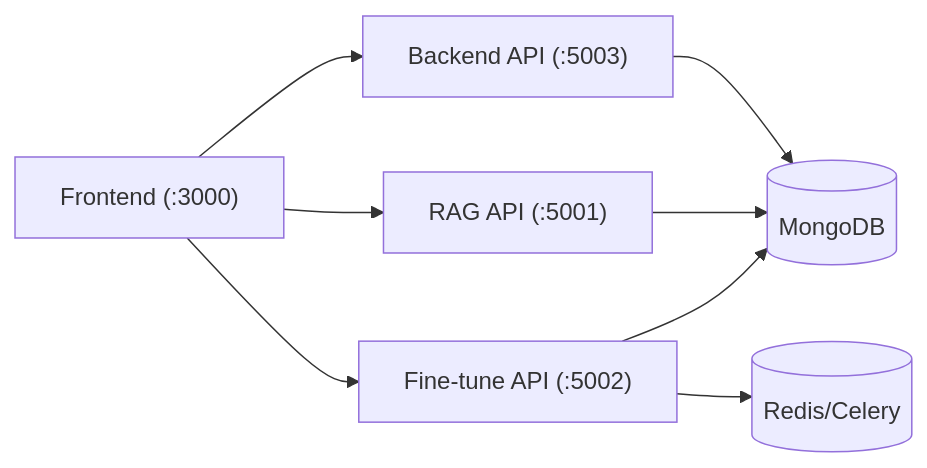
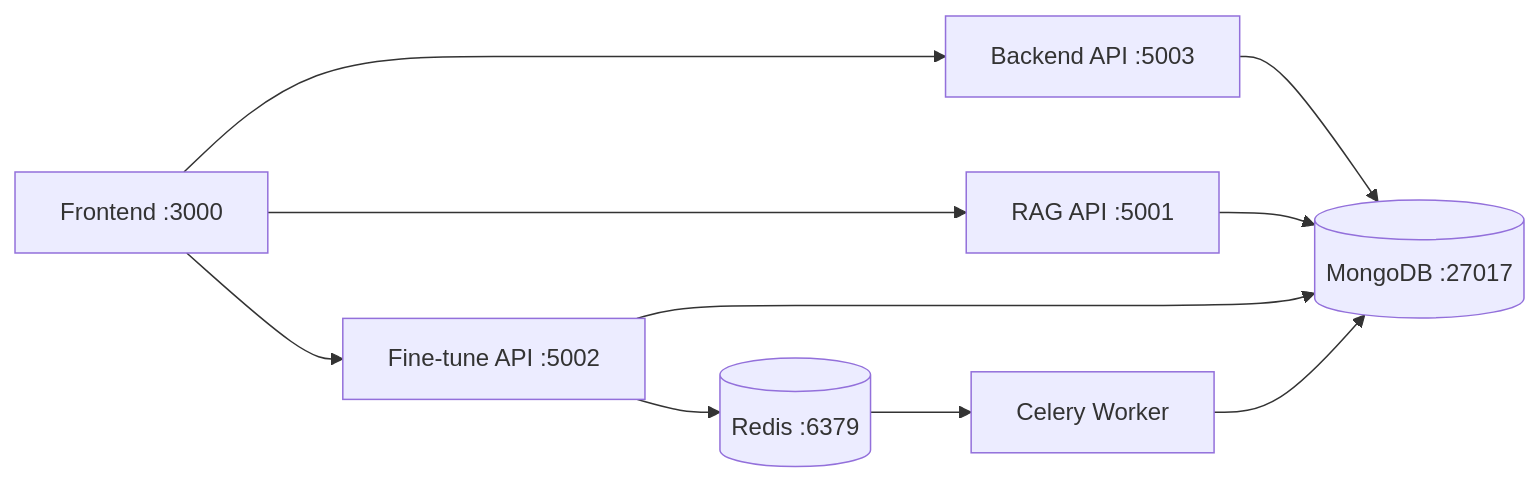
Before and after one commit to haseebraza715/EngageMind: the first of 2 diagrams in ARCHITECTURE.md, drawn with Mermaid. The commit also changed other lines of this file and 3 other files, not shown here.

Commit message:
docs: expand runbooks and architecture guides

````diff
--- a/ARCHITECTURE.md
+++ b/ARCHITECTURE.md
@@ -10,17 +11,20 @@
 ```mermaid
 flowchart LR
-  FE["Frontend (:3000)"]
-  BE["Backend API (:5003)"]
-  RAG["RAG API (:5001)"]
-  FT["Fine-tune API (:5002)"]
-  MDB[("MongoDB")]
-  REDIS[("Redis/Celery")]
+  FE["Frontend :3000"]
+  BE["Backend API :5003"]
+  RAG["RAG API :5001"]
+  FT["Fine-tune API :5002"]
+  MDB[("MongoDB :27017")]
+  REDIS[("Redis :6379")]
+  CELERY["Celery Worker"]
 
   FE --> BE
   FE --> RAG
   FE --> FT
   BE --> MDB
   RAG --> MDB
   FT --> MDB
   FT --> REDIS
+  REDIS --> CELERY
+  CELERY --> MDB
 ```
````
